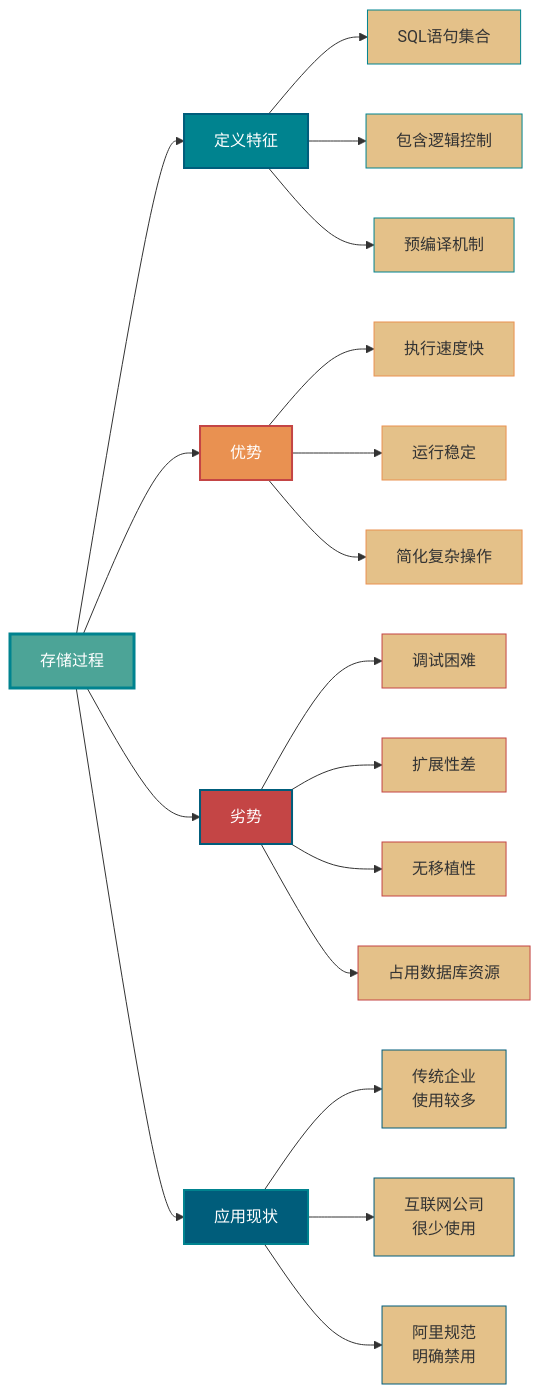
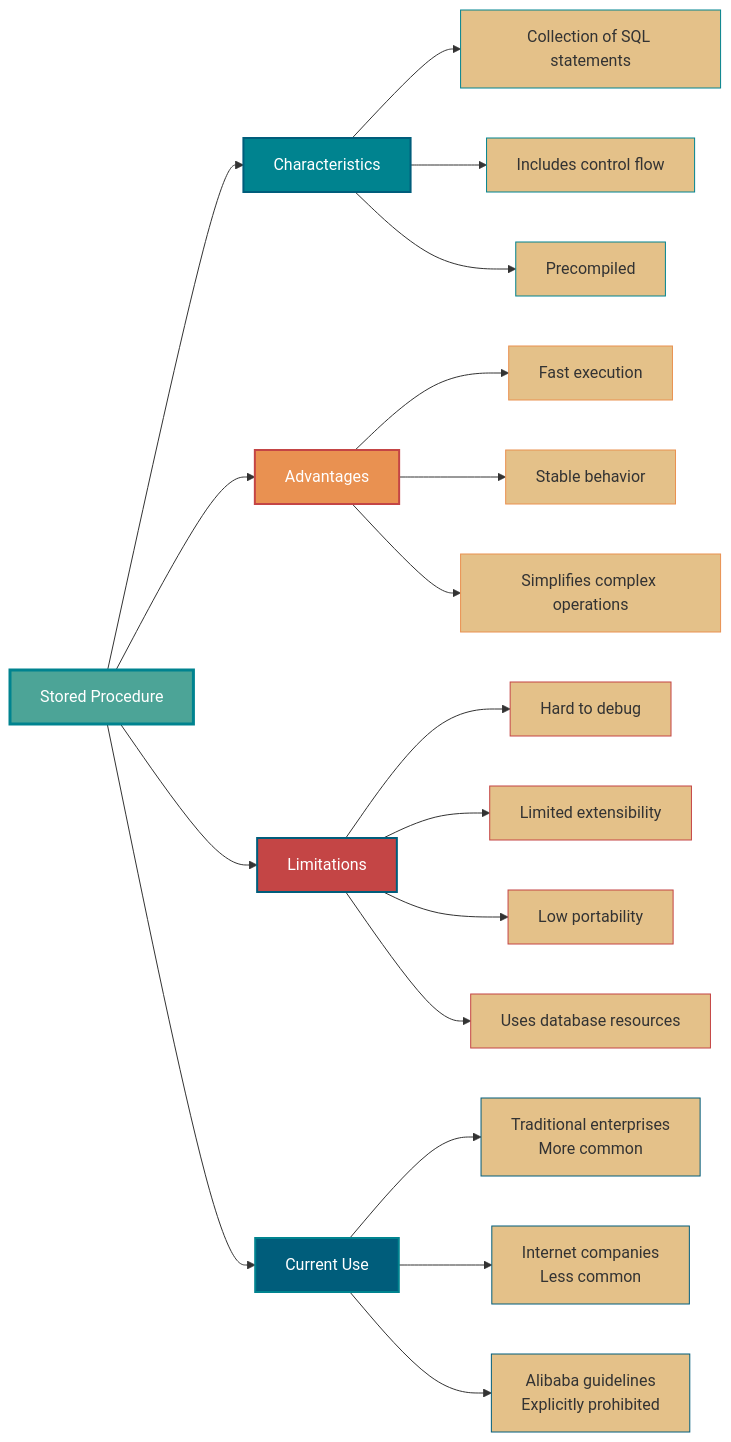
The fourth of 5 diagrams in docs/database/basis.md (m3h3d1/JavaGuideEn), drawn with Mermaid before and after one commit. The commit also changed other lines of this file and 71 other files, not shown here.

````diff
--- a/docs/database/basis.md
+++ b/docs/database/basis.md
@@ -320,47 +320,47 @@
 ```mermaid
 graph LR
-    A[存储过程] --> B[定义特征]
-    A --> C[优势]
-    A --> D[劣势]
-    A --> E[应用现状]
+    A[Stored Procedure] --> B[Characteristics]
+    A --> C[Advantages]
+    A --> D[Limitations]
+    A --> E[Current Use]
 
-    B --> B1[SQL语句集合]
-    B --> B2[包含逻辑控制]
-    B --> B3[预编译机制]
+    B --> B1[Collection of SQL statements]
+    B --> B2[Includes control flow]
+    B --> B3[Precompiled]
 
-    C --> C1[执行速度快]
-    C --> C2[运行稳定]
-    C --> C3[简化复杂操作]
+    C --> C1[Fast execution]
+    C --> C2[Stable behavior]
+    C --> C3[Simplifies complex operations]
 
-    D --> D1[调试困难]
-    D --> D2[扩展性差]
-    D --> D3[无移植性]
-    D --> D4[占用数据库资源]
+    D --> D1[Hard to debug]
+    D --> D2[Limited extensibility]
+    D --> D3[Low portability]
+    D --> D4[Uses database resources]
 
-    E --> E1[传统企业<br/>使用较多]
-    E --> E2[互联网公司<br/>很少使用]
-    E --> E3[阿里规范<br/>明确禁用]
+    E --> E1[Traditional enterprises<br/>More common]
+    E --> E2[Internet companies<br/>Less common]
+    E --> E3[Alibaba guidelines<br/>Explicitly prohibited]
 
     style A fill:#4CA497,stroke:#00838F,stroke-width:3px,color:#fff
     style B fill:#00838F,stroke:#005D7B,stroke-width:2px,color:#fff
     style C fill:#E99151,stroke:#C44545,stroke-width:2px,color:#fff
     style D fill:#C44545,stroke:#005D7B,stroke-width:2px,color:#fff
     style E fill:#005D7B,stroke:#00838F,stroke-width:2px,color:#fff
 
     style B1 fill:#E4C189,stroke:#00838F,stroke-width:1px
     style B2 fill:#E4C189,stroke:#00838F,stroke-width:1px
     style B3 fill:#E4C189,stroke:#00838F,stroke-width:1px
 
     style C1 fill:#E4C189,stroke:#E99151,stroke-width:1px
     style C2 fill:#E4C189,stroke:#E99151,stroke-width:1px
     style C3 fill:#E4C189,stroke:#E99151,stroke-width:1px
 
     style D1 fill:#E4C189,stroke:#C44545,stroke-width:1px
     style D2 fill:#E4C189,stroke:#C44545,stroke-width:1px
     style D3 fill:#E4C189,stroke:#C44545,stroke-width:1px
     style D4 fill:#E4C189,stroke:#C44545,stroke-width:1px
 
     style E1 fill:#E4C189,stroke:#005D7B,stroke-width:1px
     style E2 fill:#E4C189,stroke:#005D7B,stroke-width:1px
     style E3 fill:#E4C189,stroke:#005D7B,stroke-width:1px
 ```
````
